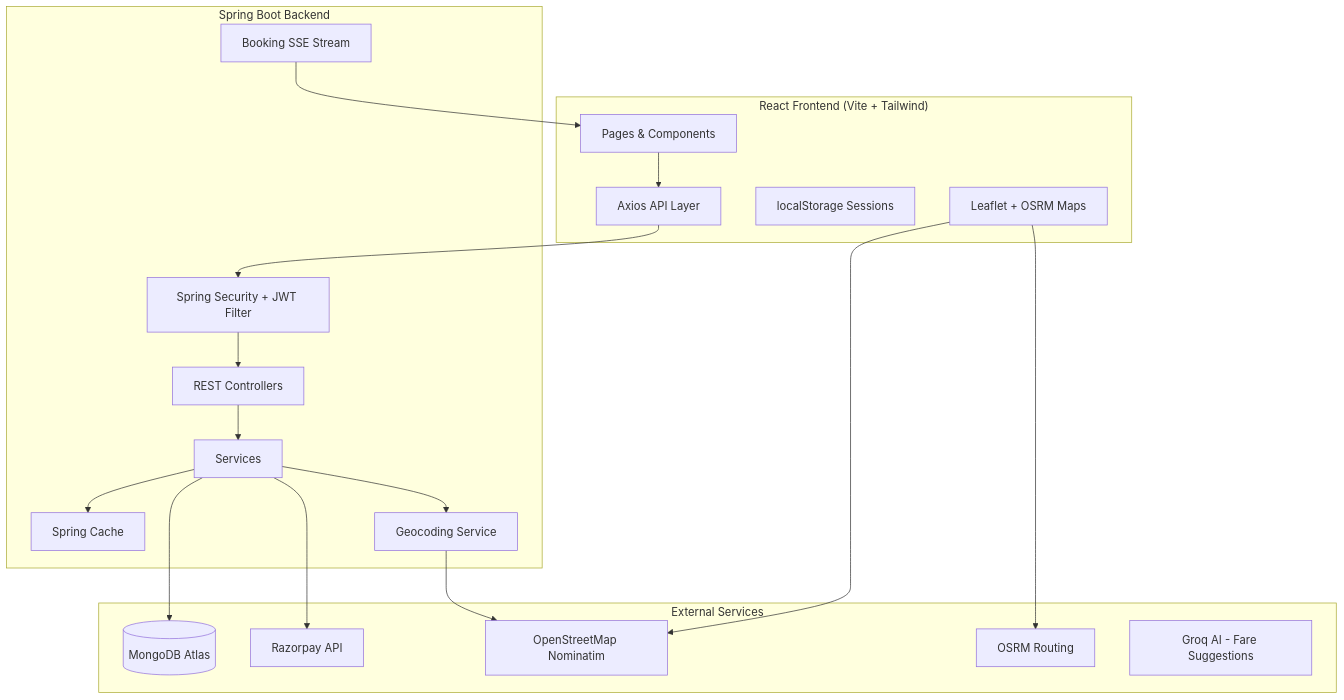
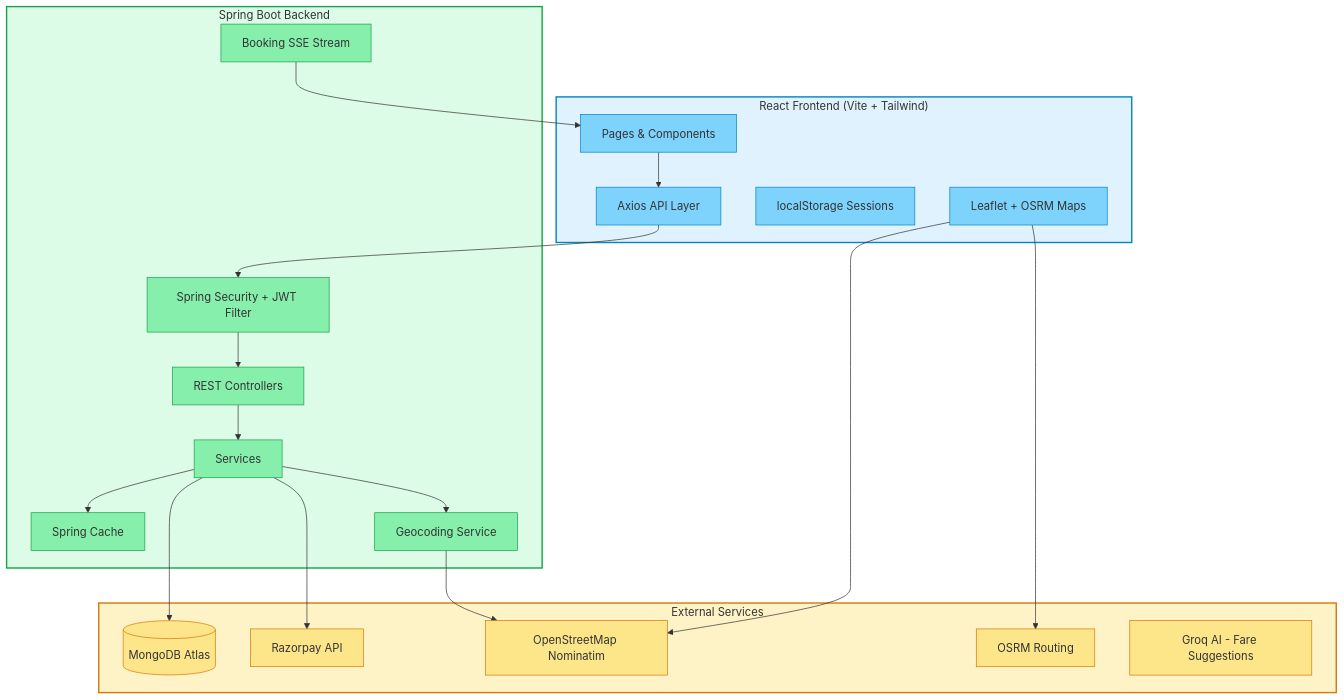
The first of 8 diagrams in README.md (maheshshinde9100/LocalCab), drawn with Mermaid before and after one commit. The commit also changed other lines of this file and 2 other files, not shown here.

````diff
--- a/README.md
+++ b/README.md
@@ -23,35 +23,53 @@
 ```mermaid
 flowchart TB
     subgraph Client["React Frontend (Vite + Tailwind)"]
+        style Client fill:#e0f2fe,stroke:#0284c7,stroke-width:2px
         UI[Pages & Components]
+        style UI fill:#7dd3fc,stroke:#0284c7,stroke-width:1px
         API_CLIENT[Axios API Layer]
+        style API_CLIENT fill:#7dd3fc,stroke:#0284c7,stroke-width:1px
         AUTH_LS[localStorage Sessions]
+        style AUTH_LS fill:#7dd3fc,stroke:#0284c7,stroke-width:1px
         MAP[Leaflet + OSRM Maps]
+        style MAP fill:#7dd3fc,stroke:#0284c7,stroke-width:1px
     end
 
     subgraph Server["Spring Boot Backend"]
+        style Server fill:#dcfce7,stroke:#16a34a,stroke-width:2px
         CTRL[REST Controllers]
+        style CTRL fill:#86efac,stroke:#16a34a,stroke-width:1px
         SVC[Services]
+        style SVC fill:#86efac,stroke:#16a34a,stroke-width:1px
         SEC[Spring Security + JWT Filter]
+        style SEC fill:#86efac,stroke:#16a34a,stroke-width:1px
         CACHE[Spring Cache]
+        style CACHE fill:#86efac,stroke:#16a34a,stroke-width:1px
         GEO[Geocoding Service]
+        style GEO fill:#86efac,stroke:#16a34a,stroke-width:1px
         SSE[Booking SSE Stream]
+        style SSE fill:#86efac,stroke:#16a34a,stroke-width:1px
     end
 
     subgraph External["External Services"]
+        style External fill:#fef3c7,stroke:#d97706,stroke-width:2px
         MONGO[(MongoDB Atlas)]
+        style MONGO fill:#fde68a,stroke:#d97706,stroke-width:1px
         RAZORPAY[Razorpay API]
+        style RAZORPAY fill:#fde68a,stroke:#d97706,stroke-width:1px
         NOMINATIM[OpenStreetMap Nominatim]
+        style NOMINATIM fill:#fde68a,stroke:#d97706,stroke-width:1px
         OSRM[OSRM Routing]
+        style OSRM fill:#fde68a,stroke:#d97706,stroke-width:1px
         GROQ[Groq AI - Fare Suggestions]
+        style GROQ fill:#fde68a,stroke:#d97706,stroke-width:1px
     end
 
     UI --> API_CLIENT --> SEC --> CTRL --> SVC
     SVC --> MONGO
     SVC --> RAZORPAY
     SVC --> GEO --> NOMINATIM
     MAP --> NOMINATIM
     MAP --> OSRM
     SSE --> UI
     SVC --> CACHE
 ```
````
